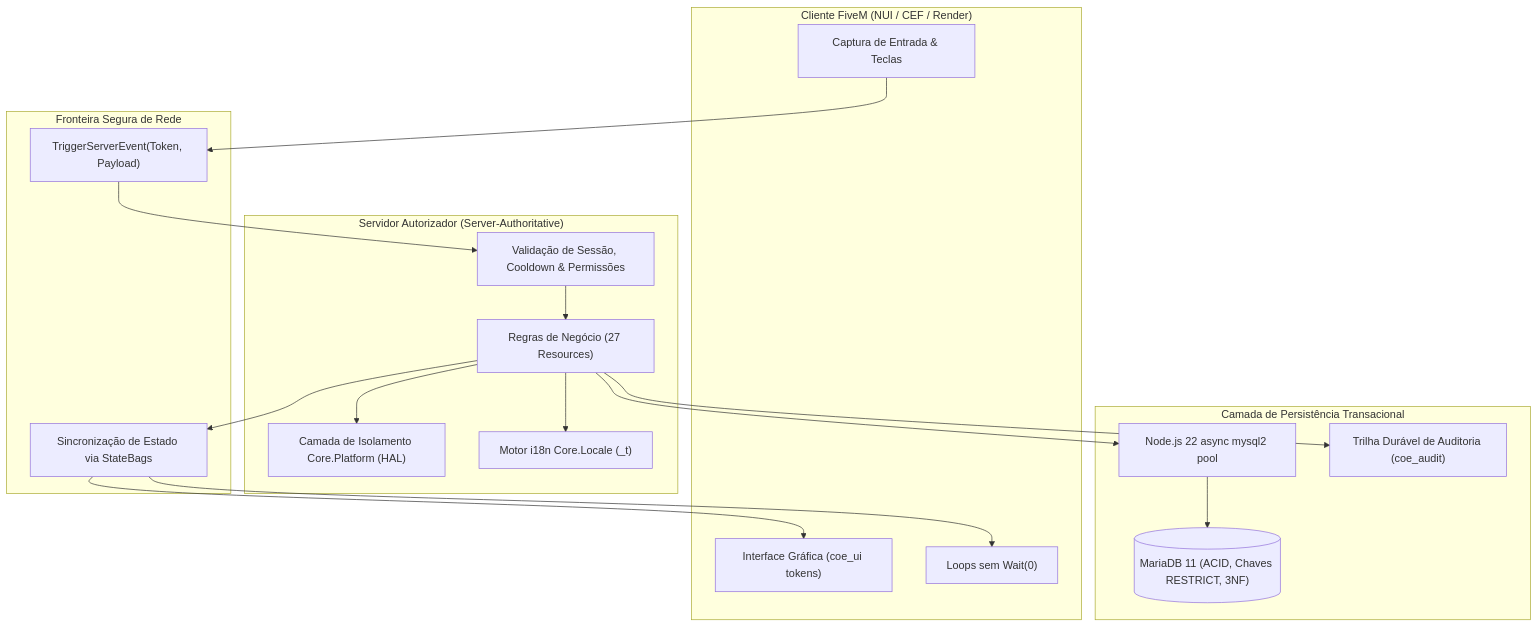
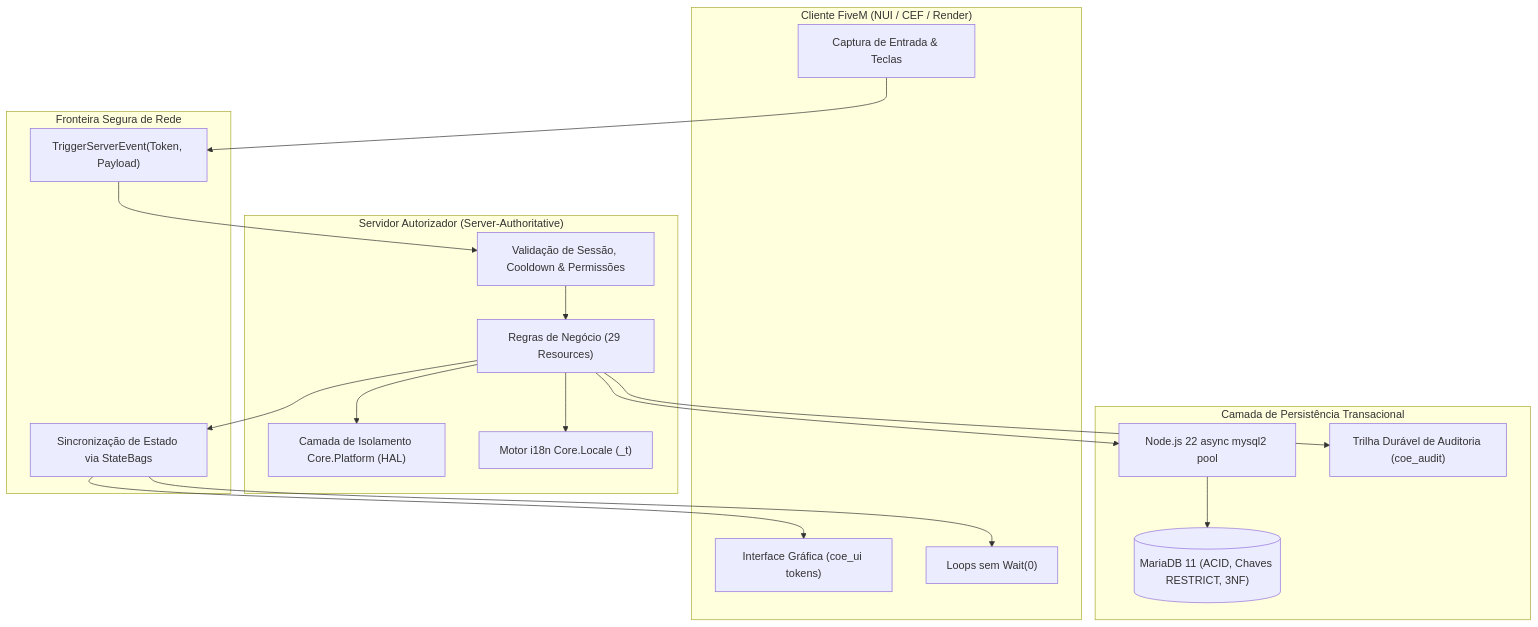
Before and after one commit to marcelomatz/coe-framework: the diagram in README.pt-BR.md, drawn with Mermaid. The commit also changed other lines of this file and 104 other files, not shown here.

````diff
--- a/README.pt-BR.md
+++ b/README.pt-BR.md
@@ -173,38 +173,38 @@
 ```mermaid
 flowchart TD
     subgraph Client["Cliente FiveM (NUI / CEF / Render)"]
         UI["Interface Gráfica (coe_ui tokens)"]
         Input["Captura de Entrada & Teclas"]
         OptimizedLoop["Loops sem Wait(0)"]
     end
 
     subgraph Boundary["Fronteira Segura de Rede"]
         Req["TriggerServerEvent(Token, Payload)"]
         Sync["Sincronização de Estado via StateBags"]
     end
 
     subgraph Server["Servidor Autorizador (Server-Authoritative)"]
         Val["Validação de Sessão, Cooldown & Permissões"]
         Platform["Camada de Isolamento Core.Platform (HAL)"]
-        Domain["Regras de Negócio (27 Resources)"]
+        Domain["Regras de Negócio (29 Resources)"]
         Locale["Motor i18n Core.Locale (_t)"]
     end
 
     subgraph Storage["Camada de Persistência Transacional"]
         NodePool["Node.js 22 async mysql2 pool"]
         MariaDB[("MariaDB 11 (ACID, Chaves RESTRICT, 3NF)")]
         Audit["Trilha Durável de Auditoria (coe_audit)"]
     end
 
     Input --> Req
     Req --> Val
     Val --> Domain
     Domain --> Platform
     Domain --> Locale
     Domain --> NodePool
     NodePool --> MariaDB
     Domain --> Audit
     Domain --> Sync
     Sync --> UI
     Sync --> OptimizedLoop
 ```
````
